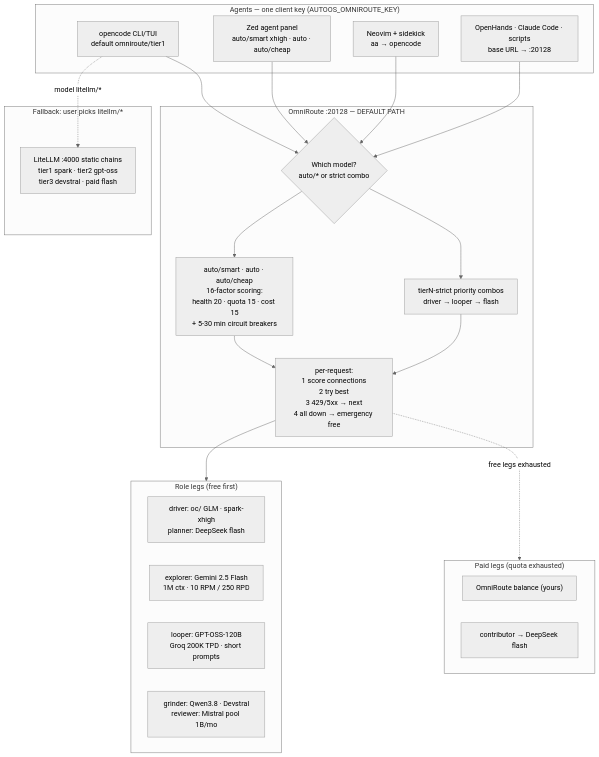
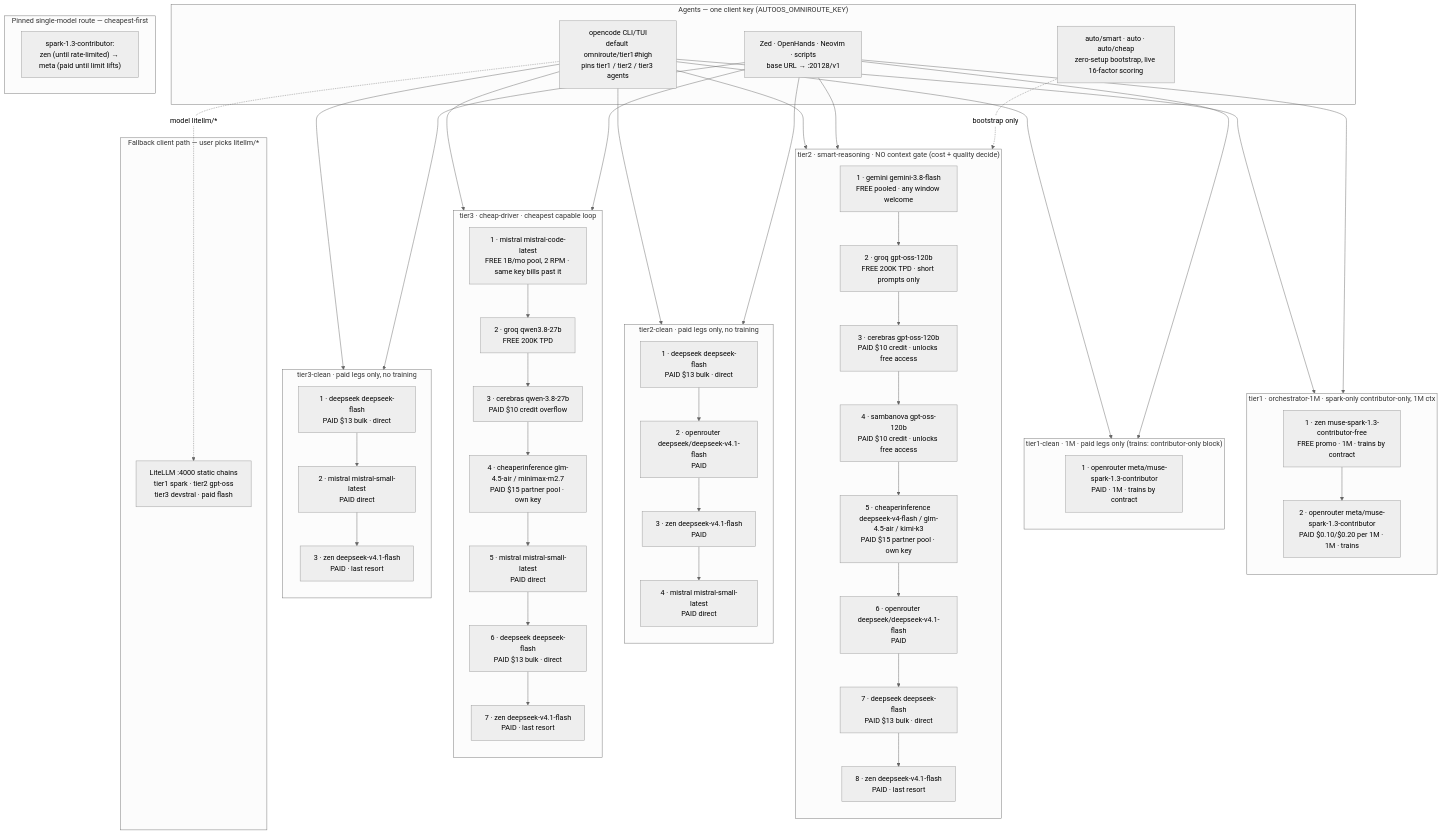
The diagram in docs/models.md (Ch3fUlrich/AutoOS), drawn with Mermaid (neutral theme) before and after one commit. The commit also changed other lines of this file, not shown here.

````diff
--- a/docs/models.md
+++ b/docs/models.md
@@ -250,34 +279,75 @@
 ```mermaid
 flowchart TB
     subgraph clients["Agents — one client key (AUTOOS_OMNIROUTE_KEY)"]
-        OC["opencode CLI/TUI\ndefault omniroute/tier1"]
-        ZED["Zed agent panel\nauto/smart xhigh · auto · auto/cheap"]
-        NV["Neovim + sidekick\n<leader>aa → opencode"]
-        OH["OpenHands · Claude Code · scripts\nbase URL → :20128"]
+        OC["opencode CLI/TUI\ndefault omniroute/tier1#high\npins tier1 / tier2 / tier3 agents"]
+        LB["Zed · OpenHands · Neovim · scripts\nbase URL → :20128/v1"]
+        AUTO["auto/smart · auto · auto/cheap\nzero-setup bootstrap, live 16-factor scoring"]
     end
-    subgraph or["OmniRoute :20128 — DEFAULT PATH"]
-        SEL{"Which model?\nauto/* or strict combo"}
-        AUTO["auto/smart · auto · auto/cheap\n16-factor scoring:\nhealth 20 · quota 15 · cost 15\n+ 5-30 min circuit breakers"]
-        PRI["tierN-strict priority combos\ndriver → looper → flash"]
-        SCORE["per-request:\n1 score connections\n2 try best\n3 429/5xx → next\n4 all down → emergency free"]
+
+    subgraph t1["tier1 · orchestrator-1M · spark-only contributor-only, 1M ctx"]
+        direction TB
+        T1A["1 · zen muse-spark-1.3-contributor-free\nFREE promo · 1M · trains by contract"]
+        T1B["2 · openrouter meta/muse-spark-1.3-contributor\nPAID $0.10/$0.20 per 1M · 1M · trains"]
+        T1A --> T1B
     end
-    subgraph roles["Role legs (free first)"]
-        DRV["driver: oc/ GLM · spark-xhigh\nplanner: DeepSeek flash"]
-        EXP["explorer: Gemini 2.5 Flash\n1M ctx · 10 RPM / 250 RPD"]
-        LOOP["looper: GPT-OSS-120B\nGroq 200K TPD · short prompts"]
-        GRIND["grinder: Qwen3.8 · Devstral\nreviewer: Mistral pool 1B/mo"]
+
+    subgraph t1c["tier1-clean · 1M · paid legs only (trains: contributor-only block)"]
+        direction TB
+        T1CA["1 · openrouter meta/muse-spark-1.3-contributor\nPAID · 1M · trains by contract"]
     end
-    subgraph paid["Paid legs (quota exhausted)"]
-        BAL["OmniRoute balance (yours)"]
-        CON["contributor → DeepSeek flash"]
+
+    subgraph t2["tier2 · smart-reasoning · NO context gate (cost + quality decide)"]
+        direction TB
+        T2A["1 · gemini gemini-3.8-flash\nFREE pooled · any window welcome"]
+        T2B["2 · groq gpt-oss-120b\nFREE 200K TPD · short prompts only"]
+        T2C["3 · cerebras gpt-oss-120b\nPAID $10 credit · unlocks free access"]
+        T2D["4 · sambanova gpt-oss-120b\nPAID $10 credit · unlocks free access"]
+        T2E["5 · cheaperinference deepseek-v4-flash / glm-4.5-air / kimi-k3\nPAID $15 partner pool · own key"]
+        T2F["6 · openrouter deepseek/deepseek-v4.1-flash\nPAID"]
+        T2G["7 · deepseek deepseek-flash\nPAID $13 bulk · direct"]
+        T2H["8 · zen deepseek-v4.1-flash\nPAID · last resort"]
+        T2A --> T2B --> T2C --> T2D --> T2E --> T2F --> T2G --> T2H
     end
-    subgraph fb["Fallback: user picks litellm/*"]
+
+    subgraph t2c["tier2-clean · paid legs only, no training"]
+        direction TB
+        T2CA["1 · deepseek deepseek-flash\nPAID $13 bulk · direct"]
+        T2CB["2 · openrouter deepseek/deepseek-v4.1-flash\nPAID"]
+        T2CC["3 · zen deepseek-v4.1-flash\nPAID"]
+        T2CD["4 · mistral mistral-small-latest\nPAID direct"]
+        T2CA --> T2CB --> T2CC --> T2CD
+    end
+
+    subgraph t3["tier3 · cheap-driver · cheapest capable loop"]
+        direction TB
+        T3A["1 · mistral mistral-code-latest\nFREE 1B/mo pool, 2 RPM · same key bills past it"]
+        T3B["2 · groq qwen3.8-27b\nFREE 200K TPD"]
+        T3C["3 · cerebras qwen-3.8-27b\nPAID $10 credit overflow"]
+        T3D["4 · cheaperinference glm-4.5-air / minimax-m2.7\nPAID $15 partner pool · own key"]
+        T3E["5 · mistral mistral-small-latest\nPAID direct"]
+        T3F["6 · deepseek deepseek-flash\nPAID $13 bulk · direct"]
+        T3G["7 · zen deepseek-v4.1-flash\nPAID · last resort"]
+        T3A --> T3B --> T3C --> T3D --> T3E --> T3F --> T3G
+    end
+
+    subgraph t3c["tier3-clean · paid legs only, no training"]
+        direction TB
+        T3CA["1 · deepseek deepseek-flash\nPAID $13 bulk · direct"]
+        T3CB["2 · mistral mistral-small-latest\nPAID direct"]
+        T3CC["3 · zen deepseek-v4.1-flash\nPAID · last resort"]
+        T3CA --> T3CB --> T3CC
+    end
+
+    subgraph single["Pinned single-model route — cheapest-first"]
+        SP["spark-1.3-contributor:\nzen (until rate-limited) → meta (paid until limit lifts)"]
+    end
+
+    subgraph fb["Fallback client path — user picks litellm/*"]
         LT["LiteLLM :4000 static chains\ntier1 spark · tier2 gpt-oss\ntier3 devstral · paid flash"]
     end
-    OC & ZED & NV & OH --> SEL
-    SEL --> AUTO & PRI
-    AUTO & PRI --> SCORE
-    SCORE --> roles
-    SCORE -. "free legs exhausted" .-> paid
+
+    OC --> t1 & t1c & t2 & t2c & t3 & t3c
+    LB --> t1 & t1c & t2 & t2c & t3 & t3c
+    AUTO -. "bootstrap only" .-> t2
     OC -. "model litellm/*" .-> LT
 ```
````
